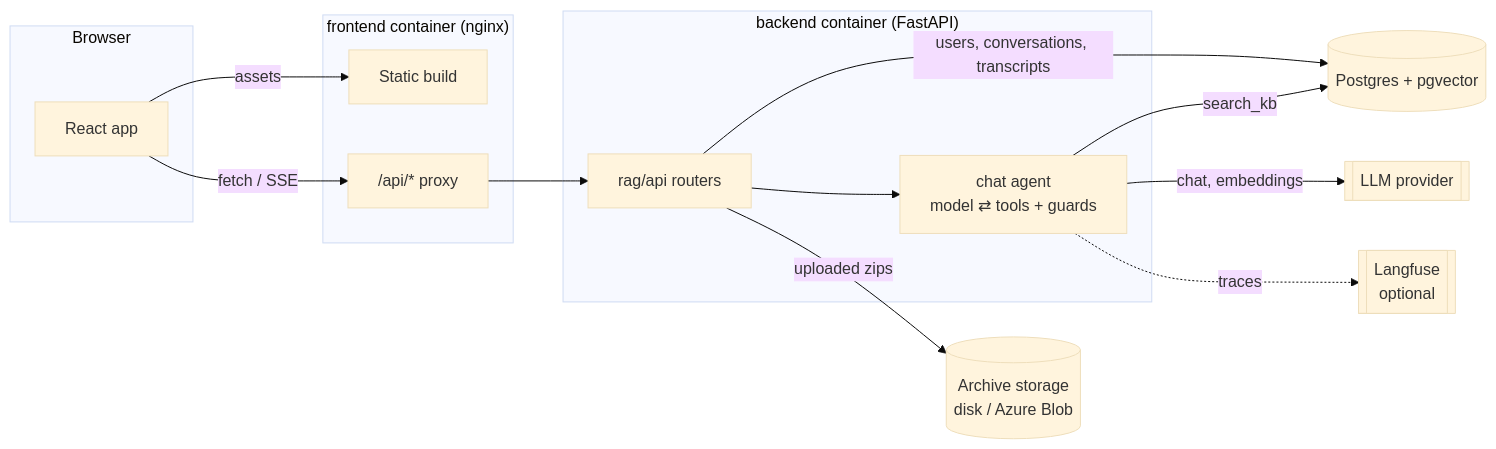
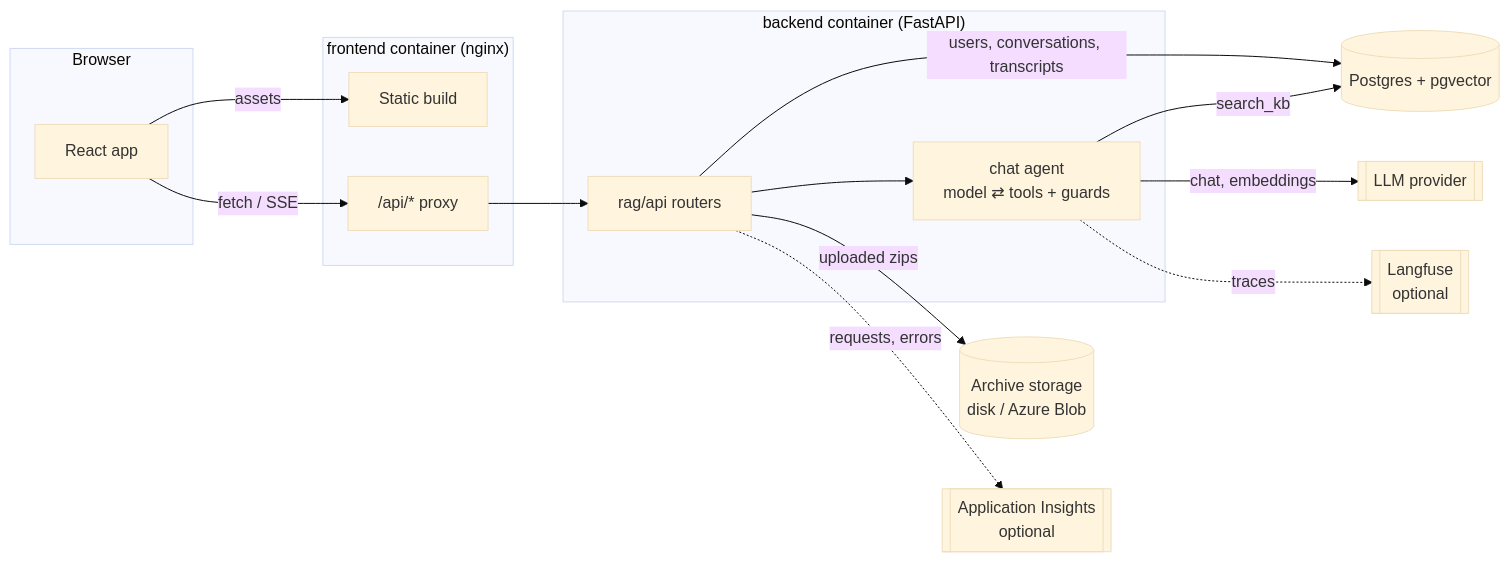
Before and after one commit to hadifar/rag: the first of 3 diagrams in docs/diagrams/architecture.md, drawn with Mermaid (base theme). The commit also changed 18 other files, not shown here.

Commit message:
feat(infra): add Application Insights on the free allowance

````diff
--- a/docs/diagrams/architecture.md
+++ b/docs/diagrams/architecture.md
@@ -7,31 +7,33 @@
 ```mermaid
 graph LR
     subgraph browser[Browser]
         ui[React app]
     end
 
     subgraph frontendc["frontend container (nginx)"]
         static[Static build]
         proxy["/api/* proxy"]
     end
 
     subgraph backendc["backend container (FastAPI)"]
         api[rag/api routers]
         agent["chat agent<br/>model ⇄ tools + guards"]
     end
 
     postgres[(Postgres + pgvector)]
     archives[(Archive storage<br/>disk / Azure Blob)]
     llm[[LLM provider]]
     langfuse[[Langfuse<br/>optional]]
+    appinsights[[Application Insights<br/>optional]]
 
     ui -->|assets| static
     ui -->|fetch / SSE| proxy
     proxy --> api
     api -->|users, conversations, transcripts| postgres
     api -->|uploaded zips| archives
     api --> agent
     agent -->|search_kb| postgres
     agent -->|chat, embeddings| llm
     agent -.->|traces| langfuse
+    api -.->|requests, errors| appinsights
 ```
````
